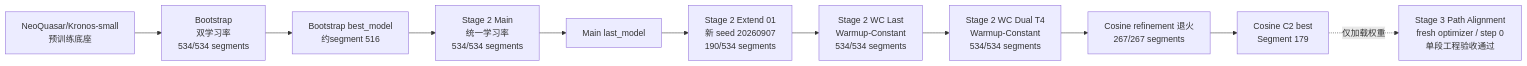
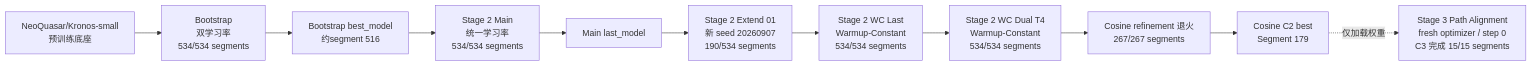
Before and after one commit to luckfu/Kronos: the first of 15 diagrams in finetune/SMALL_0_1_MODEL_AND_TRAINING_TECHNICAL_REPORT_CN.md, drawn with Mermaid. The commit also changed other lines of this file and 1 other file, not shown here.

Commit message:
Record completed Stage3 C3 15-segment metrics without claiming Path Alignment learned.

````diff
--- a/finetune/SMALL_0_1_MODEL_AND_TRAINING_TECHNICAL_REPORT_CN.md
+++ b/finetune/SMALL_0_1_MODEL_AND_TRAINING_TECHNICAL_REPORT_CN.md
@@ -17,13 +17,13 @@
 ```mermaid
 flowchart LR
     B[NeoQuasar/Kronos-small<br/>预训练底座] --> BT[Bootstrap<br/>双学习率<br/>534/534 segments]
     BT --> BB[Bootstrap best_model<br/>约segment 516]
     BB --> M[Stage 2 Main<br/>统一学习率<br/>534/534 segments]
     M --> L[Main last_model]
     L --> E[Stage 2 Extend 01<br/>新 seed 20260907<br/>190/534 segments]
     E --> WC[Stage 2 WC Last<br/>Warmup-Constant<br/>534/534 segments]
     WC --> WCN[Stage 2 WC Dual T4<br/>Warmup-Constant<br/>534/534 segments]
     WCN --> AN[Cosine refinement 退火<br/>267/267 segments]
     AN --> C2B[Cosine C2 best<br/>Segment 179]
-    C2B -.仅加载权重.-> PA[Stage 3 Path Alignment<br/>fresh optimizer / step 0<br/>单段工程验收通过]
+    C2B -.仅加载权重.-> PA[Stage 3 Path Alignment<br/>fresh optimizer / step 0<br/>C3 完成 15/15 segments]
 ```
````
